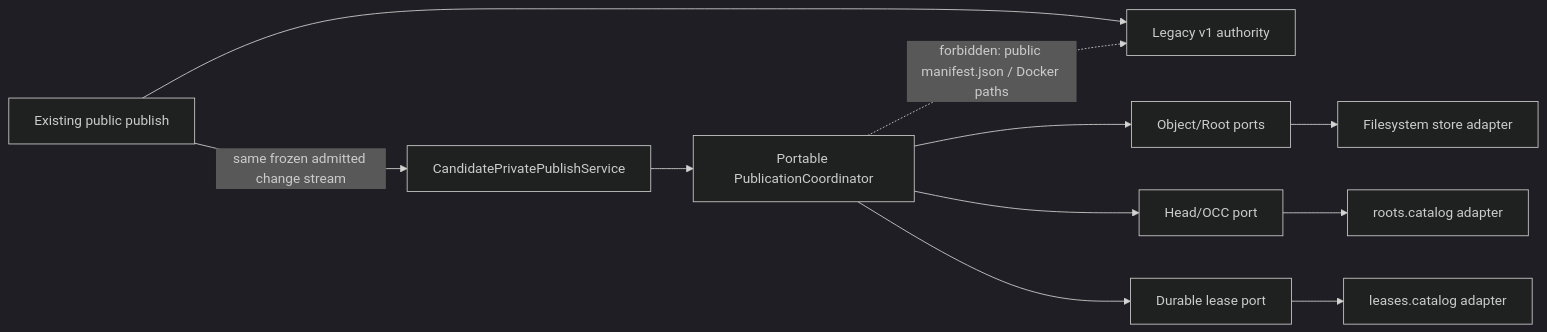
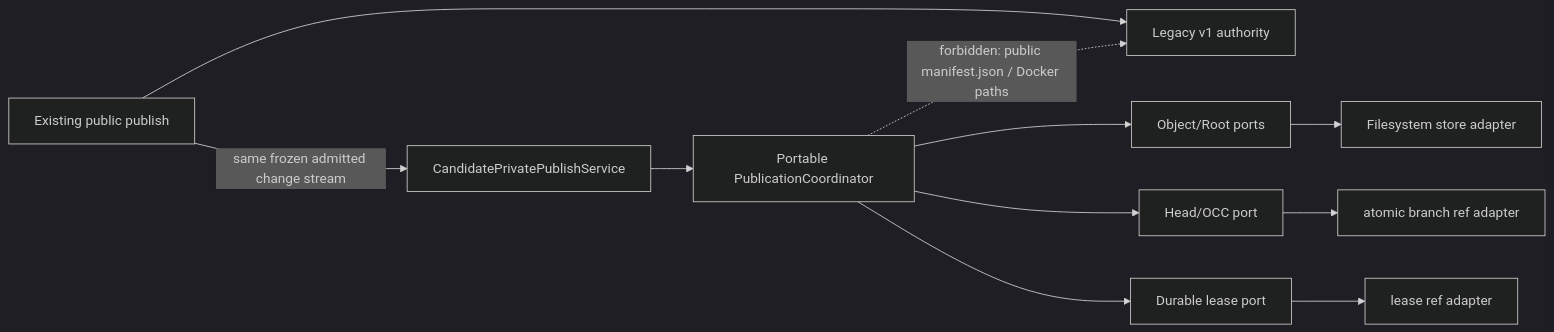
The first of 3 diagrams in implementation-plan/2.0 migration/phase 1/implementation/stage_07_durable_publication/spec.md (Ephemeral-AI-Lab/ephemeral-sandbox-docs), drawn with Mermaid (dark theme) before and after one commit. The commit also changed other lines of this file and 35 other files, not shown here.

````diff
--- a/implementation-plan/2.0 migration/phase 1/implementation/stage_07_durable_publication/spec.md
+++ b/implementation-plan/2.0 migration/phase 1/implementation/stage_07_durable_publication/spec.md
@@ -331,13 +408,13 @@
 ```mermaid
 flowchart LR
   PUB["Existing public publish"] --> LEG["Legacy v1 authority"]
   PUB -->|same frozen admitted change stream| PRIVATE["CandidatePrivatePublishService"]
   PRIVATE --> CORE["Portable PublicationCoordinator"]
   CORE --> OBJ["Object/Root ports"]
   CORE --> OCC["Head/OCC port"]
   CORE --> LEASE["Durable lease port"]
   OBJ --> FS["Filesystem store adapter"]
-  OCC --> CAT["roots.catalog adapter"]
-  LEASE --> LCAT["leases.catalog adapter"]
+  OCC --> CAT["atomic branch ref adapter"]
+  LEASE --> LCAT["lease ref adapter"]
   CORE -. "forbidden: public manifest.json / Docker paths" .-> LEG
 ```
````
